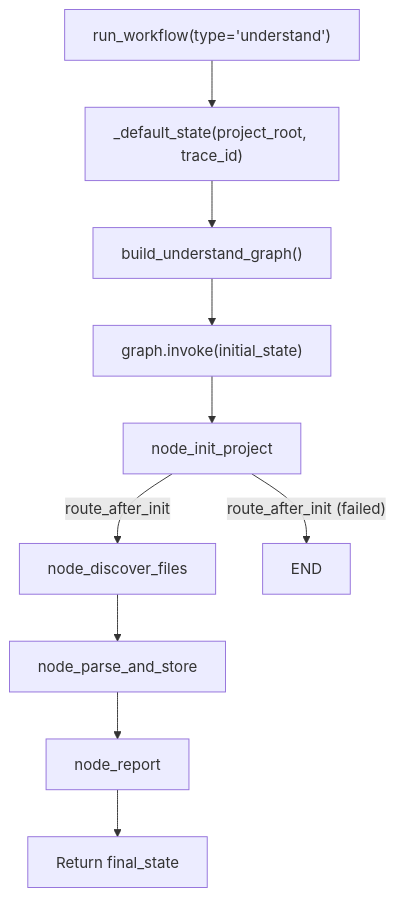
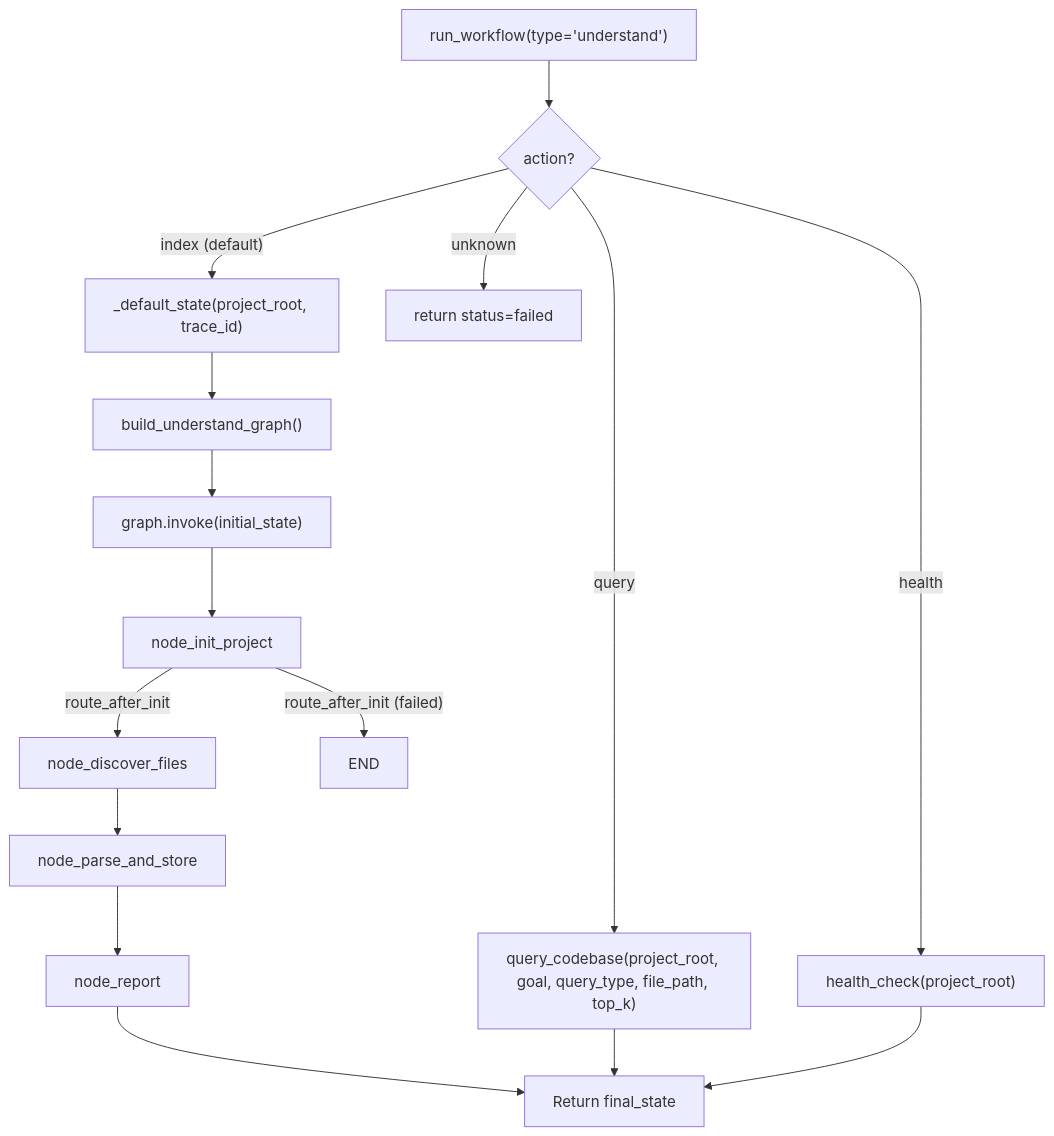
Before and after one commit to brunogcar/agent: the diagram in docs/workflows/understand/ARCHITECTURE.md, drawn with Mermaid. The commit also changed other lines of this file and 10 other files, not shown here.

````diff
--- a/docs/workflows/understand/ARCHITECTURE.md
+++ b/docs/workflows/understand/ARCHITECTURE.md
@@ -49,12 +51,18 @@
 ```mermaid
 graph TD
-    A["run_workflow(type='understand')"] --> B["_default_state(project_root, trace_id)"]
+    A["run_workflow(type='understand')"] --> ACT{"action?"}
+    ACT -->|"index (default)"| B["_default_state(project_root, trace_id)"]
+    ACT -->|"query"| Q["query_codebase(project_root, goal, query_type, file_path, top_k)"]
+    ACT -->|"health"| H["health_check(project_root)"]
+    ACT -->|"unknown"| FAIL["return status=failed"]
     B --> C["build_understand_graph()"]
     C --> D["graph.invoke(initial_state)"]
     D --> E["node_init_project"]
     E -->|"route_after_init"| F["node_discover_files"]
     E -->|"route_after_init (failed)"| END["END"]
     F --> G["node_parse_and_store"]
-    G --> H["node_report"]
-    H --> I["Return final_state"]
+    G --> H2["node_report"]
+    H2 --> I["Return final_state"]
+    Q --> I
+    H --> I
 ```
````
